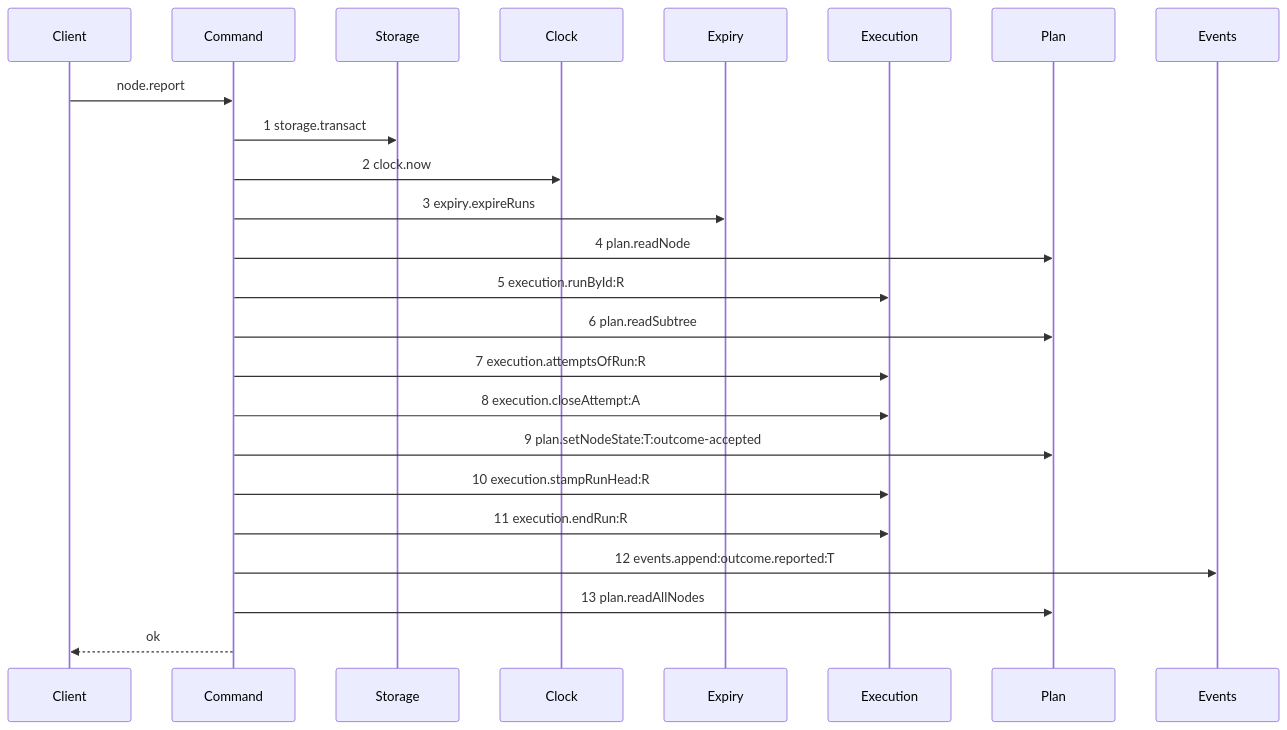
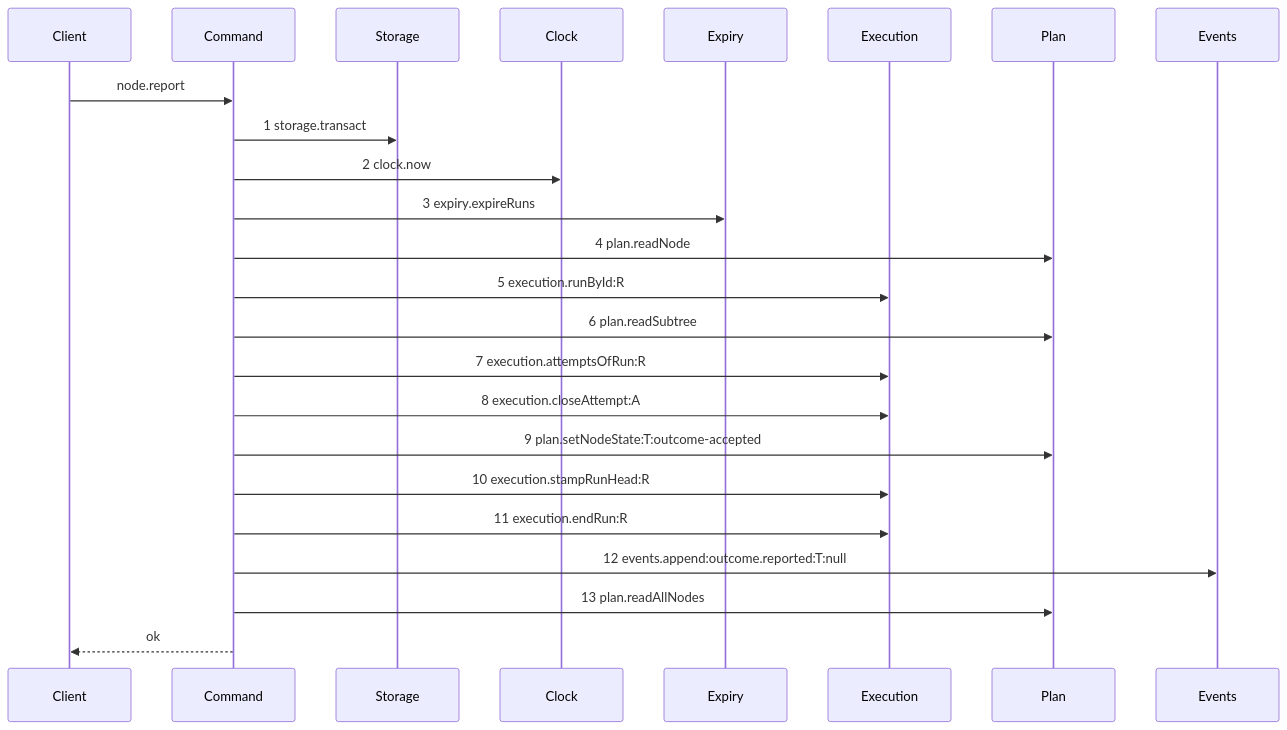
One commit to kanthorlabs/kanthord-engine changed the diagram in .agents/plan/stories/050.4-the-node-lease-removal/06-the-report-drops-the-lease.md. Above: the diagram before and after it, drawn with Mermaid. The commit also changed other lines of this file and 2 other files, not shown here.

First line of the commit message:
docs(plan): correct the outcome.reported token in three drawn paths

````diff
--- a/.agents/plan/stories/050.4-the-node-lease-removal/06-the-report-drops-the-lease.md
+++ b/.agents/plan/stories/050.4-the-node-lease-removal/06-the-report-drops-the-lease.md
@@ -50,26 +50,26 @@
 ```mermaid
 sequenceDiagram
     participant Client
     participant Command
     participant Storage
     participant Clock
     participant Expiry
     participant Execution
     participant Plan
     participant Events
     Client->>Command: node.report
     Command->>Storage: 1 storage.transact
     Command->>Clock: 2 clock.now
     Command->>Expiry: 3 expiry.expireRuns
     Command->>Plan: 4 plan.readNode
     Command->>Execution: 5 execution.runById:R
     Command->>Plan: 6 plan.readSubtree
     Command->>Execution: 7 execution.attemptsOfRun:R
     Command->>Execution: 8 execution.closeAttempt:A
     Command->>Plan: 9 plan.setNodeState:T:outcome-accepted
     Command->>Execution: 10 execution.stampRunHead:R
     Command->>Execution: 11 execution.endRun:R
-    Command->>Events: 12 events.append:outcome.reported:T
+    Command->>Events: 12 events.append:outcome.reported:T:null
     Command->>Plan: 13 plan.readAllNodes
     Command-->>Client: ok
 ```
````
